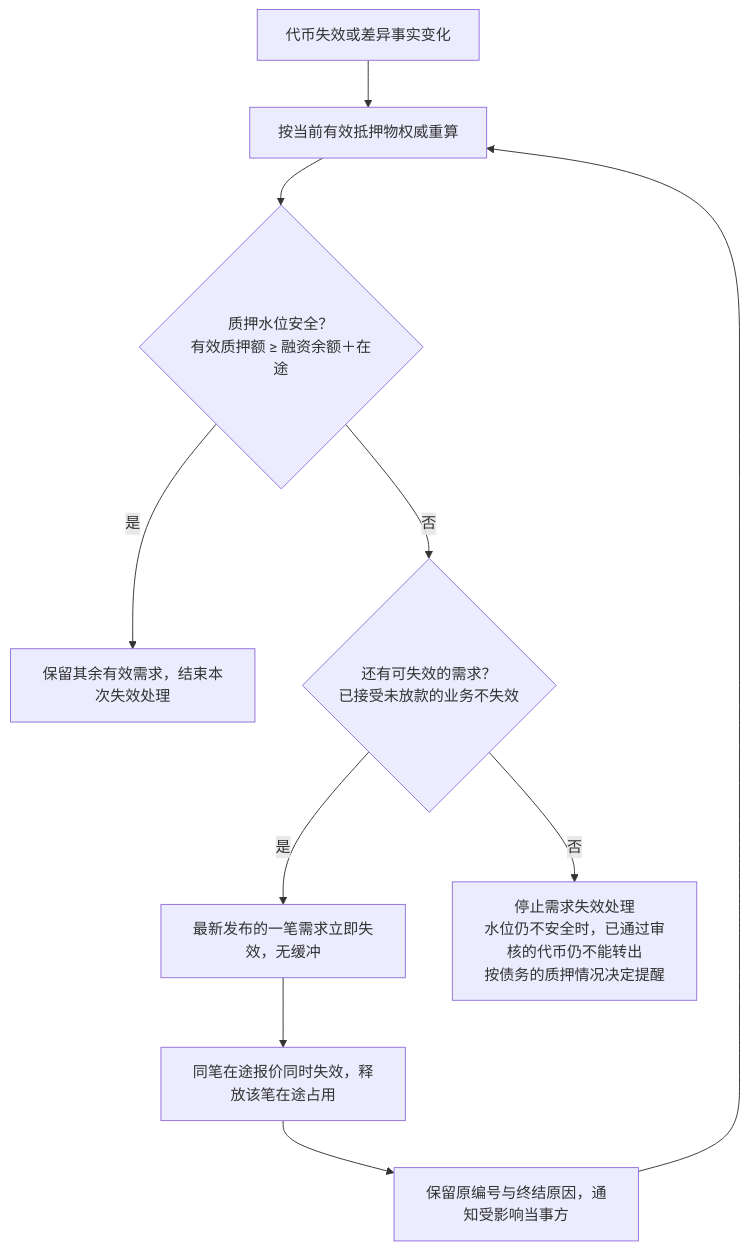
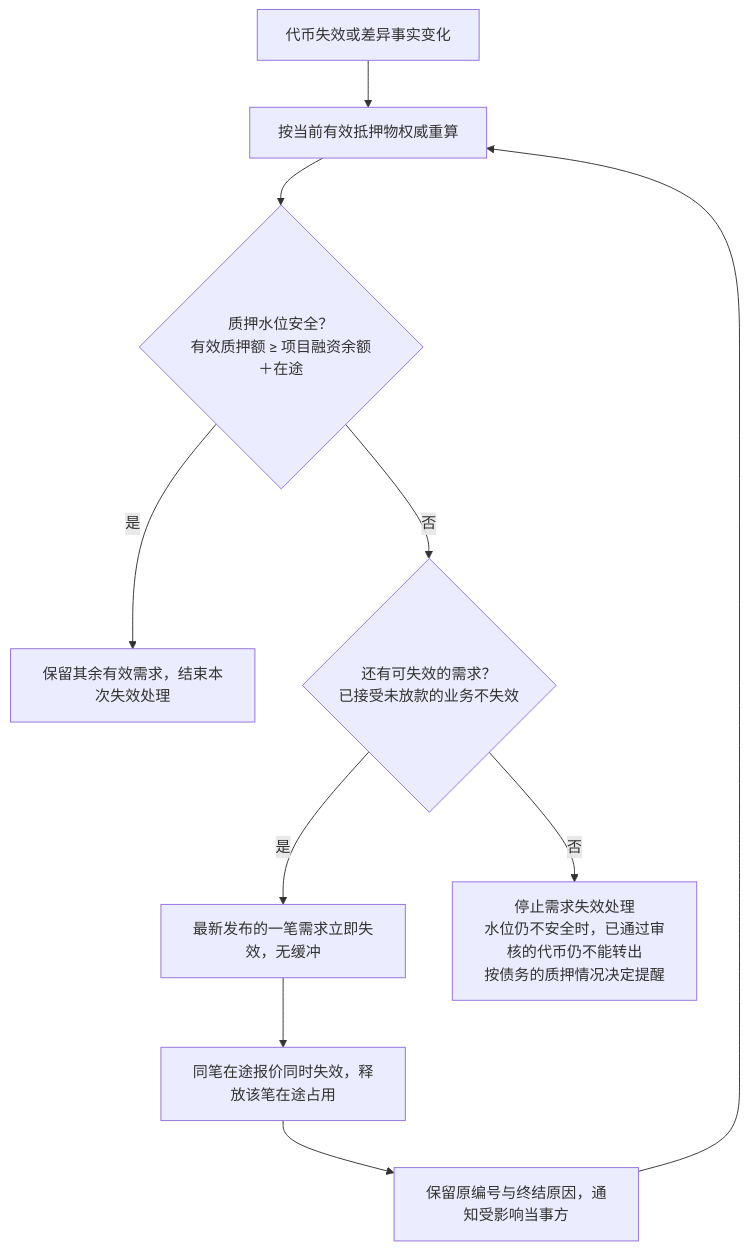
Before and after one commit to wxblockchain/Chain-Financing: the fourth of 10 diagrams in lending-platform/PRD/面客端/05-借贷广场-融资需求与代币质押/02-融资需求与代币质押-流程图与状态机.md, drawn with Mermaid. The commit also changed other lines of this file and 6 other files, not shown here.

````diff
--- a/lending-platform/PRD/面客端/05-借贷广场-融资需求与代币质押/02-融资需求与代币质押-流程图与状态机.md
+++ b/lending-platform/PRD/面客端/05-借贷广场-融资需求与代币质押/02-融资需求与代币质押-流程图与状态机.md
@@ -119,12 +120,12 @@
 ```mermaid
 flowchart TD
   A[代币失效或差异事实变化] --> B[按当前有效抵押物权威重算]
-  B --> C{"质押水位安全？<br/>有效质押额 ≥ 融资余额＋在途"}
+  B --> C{"质押水位安全？<br/>有效质押额 ≥ 项目融资余额＋在途"}
   C -- 是 --> D[保留其余有效需求，结束本次失效处理]
   C -- 否 --> E{"还有可失效的需求？<br/>已接受未放款的业务不失效"}
   E -- 是 --> F[最新发布的一笔需求立即失效，无缓冲]
   F --> G[同笔在途报价同时失效，释放该笔在途占用]
   G --> H[保留原编号与终结原因，通知受影响当事方]
   H --> B
   E -- 否 --> I["停止需求失效处理<br/>水位仍不安全时，已通过审核的代币仍不能转出<br/>按债务的质押情况决定提醒"]
 ```
````
